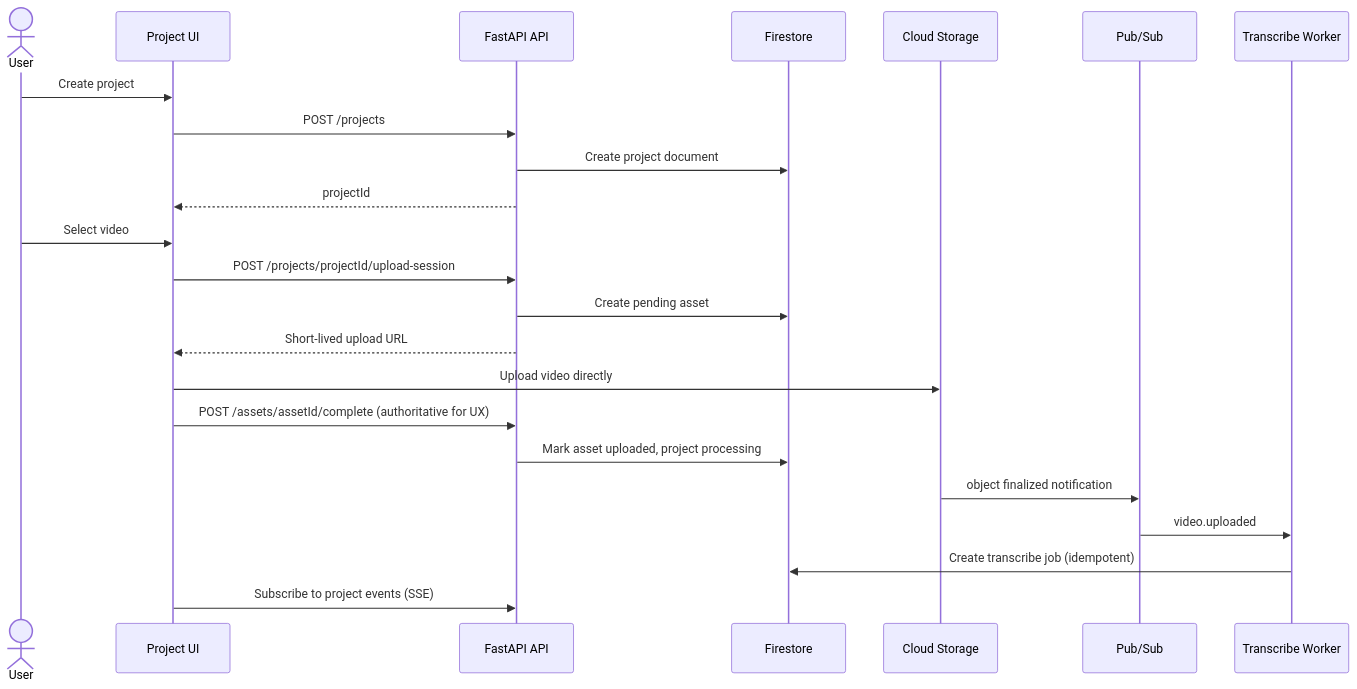
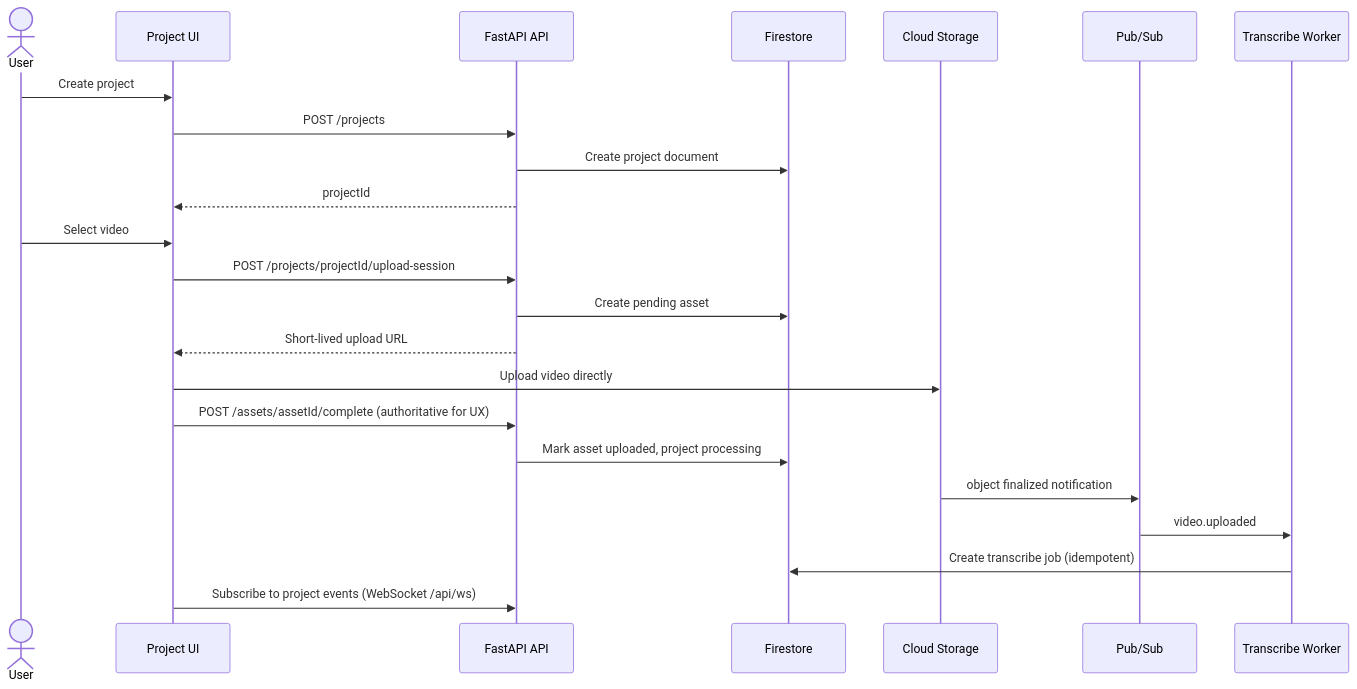
The fourth of 17 diagrams in docs/technical-design/diagrams.md (Saad-Surve/aibuildercup), drawn with Mermaid before and after one commit. The commit also changed 25 other files, not shown here.

First line of the commit message:
feat(realtime): replace SSE + polling with a WebSocket for transcript and reviewer flows

```diff
--- a/docs/technical-design/diagrams.md
+++ b/docs/technical-design/diagrams.md
@@ -107,26 +107,26 @@
 ~~~mermaid
 sequenceDiagram
     actor User
     participant UI as Project UI
     participant API as FastAPI API
     participant FS as Firestore
     participant GCS as Cloud Storage
     participant PubSub as Pub/Sub
     participant Worker as Transcribe Worker
 
     User->>UI: Create project
     UI->>API: POST /projects
     API->>FS: Create project document
     API-->>UI: projectId
     User->>UI: Select video
     UI->>API: POST /projects/projectId/upload-session
     API->>FS: Create pending asset
     API-->>UI: Short-lived upload URL
     UI->>GCS: Upload video directly
     UI->>API: POST /assets/assetId/complete (authoritative for UX)
     API->>FS: Mark asset uploaded, project processing
     GCS->>PubSub: object finalized notification
     PubSub->>Worker: video.uploaded
     Worker->>FS: Create transcribe job (idempotent)
-    UI->>API: Subscribe to project events (SSE)
+    UI->>API: Subscribe to project events (WebSocket /api/ws)
 ~~~
```
